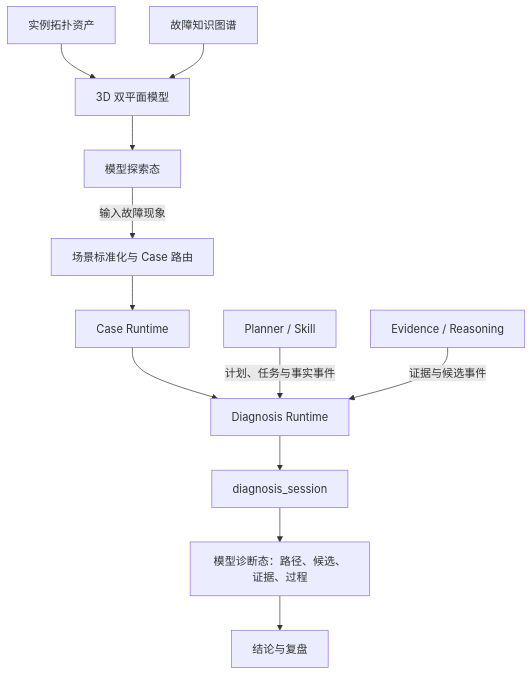
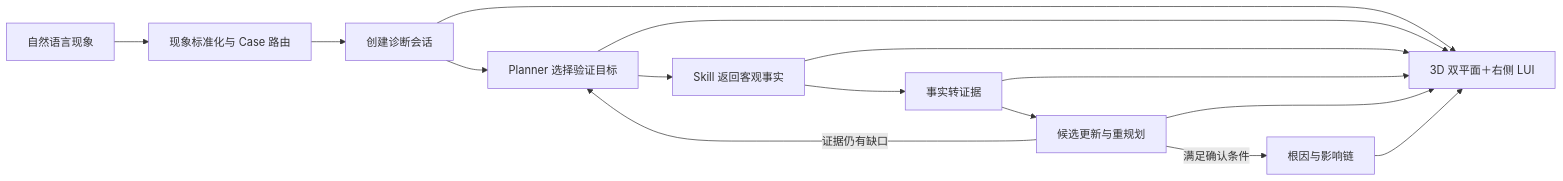
Before and after one commit to dbro-walone/fault-diagnosis-agent-demo: the diagram in README.md, drawn with Mermaid. The commit also changed other lines of this file and 201 other files, not shown here.

````diff
--- a/README.md
+++ b/README.md
@@ -76,14 +11,12 @@
 ```mermaid
-flowchart TB
-    A["实例拓扑资产"] --> C["3D 双平面模型"]
-    B["故障知识图谱"] --> C
-    C --> D["模型探索态"]
-    D -->|输入故障现象| E["场景标准化与 Case 路由"]
-    E --> F["Case Runtime"]
-    F --> G["Diagnosis Runtime"]
-    H["Planner / Skill"] -->|计划、任务与事实事件| G
-    I["Evidence / Reasoning"] -->|证据与候选事件| G
-    G --> J["diagnosis_session"]
-    J --> K["模型诊断态：路径、候选、证据、过程"]
-    K --> L["结论与复盘"]
+flowchart LR
+    A["自然语言现象"] --> B["现象标准化与 Case 路由"]
+    B --> C["创建诊断会话"]
+    C --> D["Planner 选择验证目标"]
+    D --> E["Skill 返回客观事实"]
+    E --> F["事实转证据"]
+    F --> G["候选更新与重规划"]
+    G -->|证据仍有缺口| D
+    G -->|满足确认条件| H["根因与影响链"]
+    C & D & E & F & G & H --> I["3D 双平面＋右侧 LUI"]
 ```
````
